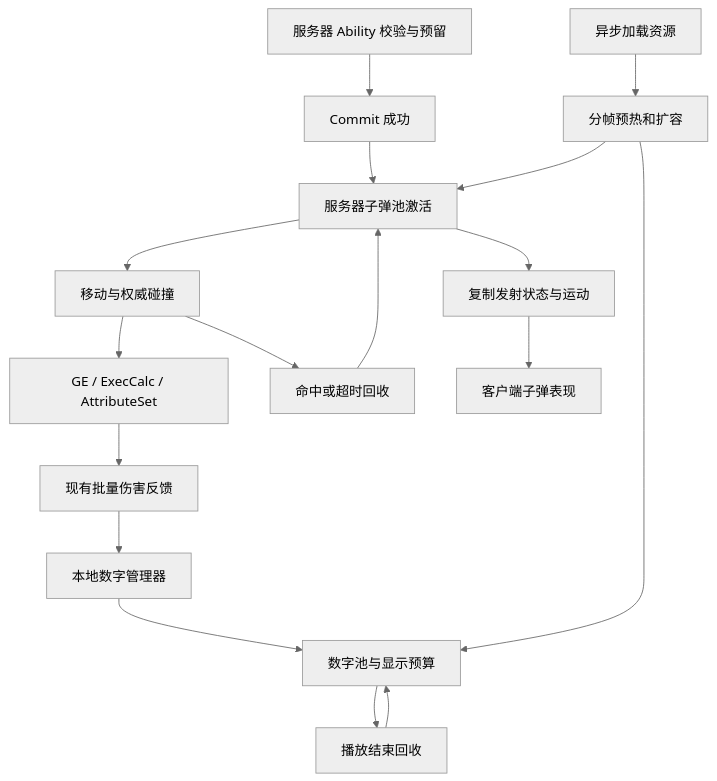
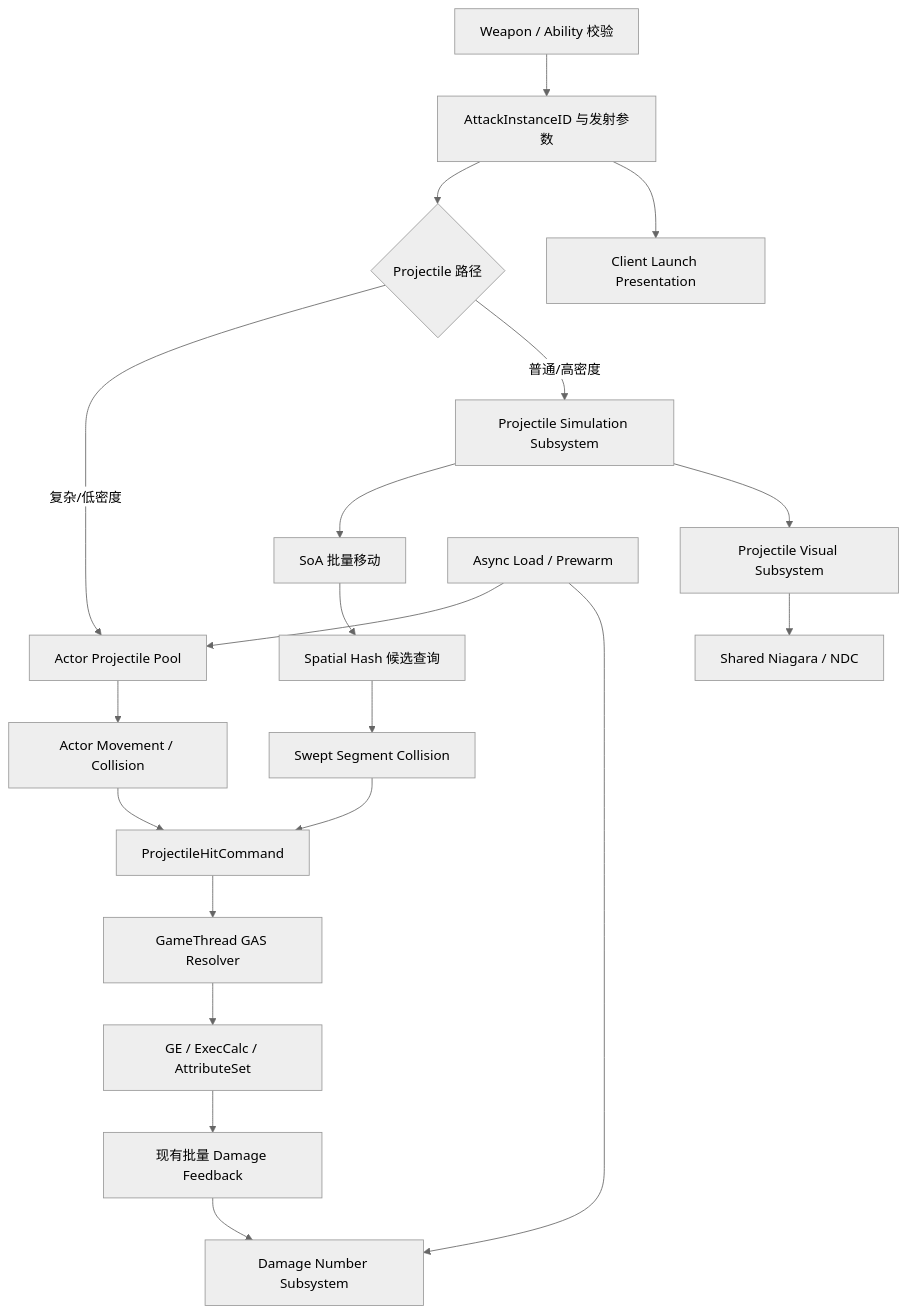
Before and after one commit to q894829927/ProjectArcaneArena: the diagram in COMBAT_POOLING_DESIGN.md, drawn with Mermaid (neutral theme). The commit also changed other lines of this file, not shown here.

Commit message:
docs: expand projectile performance architecture

````diff
--- a/COMBAT_POOLING_DESIGN.md
+++ b/COMBAT_POOLING_DESIGN.md
@@ -122,19 +153,22 @@
 ```mermaid
 flowchart TD
-    A[服务器 Ability 校验与预留] --> B[Commit 成功]
-    B --> C[服务器子弹池激活]
-    C --> D[移动与权威碰撞]
-    D --> E[GE / ExecCalc / AttributeSet]
-    D --> F[命中或超时回收]
-    F --> C
-    C --> G[复制发射状态与运动]
-    G --> H[客户端子弹表现]
-    E --> I[现有批量伤害反馈]
-    I --> J[本地数字管理器]
-    J --> K[数字池与显示预算]
-    K --> L[播放结束回收]
-    L --> K
-    M[异步加载资源] --> N[分帧预热和扩容]
-    N --> C
-    N --> K
+    A[Weapon / Ability 校验] --> B[AttackInstanceID 与发射参数]
+    B --> C{Projectile 路径}
+    C -->|复杂/低密度| D[Actor Projectile Pool]
+    C -->|普通/高密度| E[Projectile Simulation Subsystem]
+    D --> F[Actor Movement / Collision]
+    E --> G[SoA 批量移动]
+    G --> H[Spatial Hash 候选查询]
+    H --> I[Swept Segment Collision]
+    F --> J[ProjectileHitCommand]
+    I --> J
+    J --> K[GameThread GAS Resolver]
+    K --> L[GE / ExecCalc / AttributeSet]
+    B --> M[Client Launch Presentation]
+    E --> N[Projectile Visual Subsystem]
+    N --> O[Shared Niagara / NDC]
+    L --> P[现有批量 Damage Feedback]
+    P --> Q[Damage Number Subsystem]
+    R[Async Load / Prewarm] --> D
+    R --> Q
 ```
````
